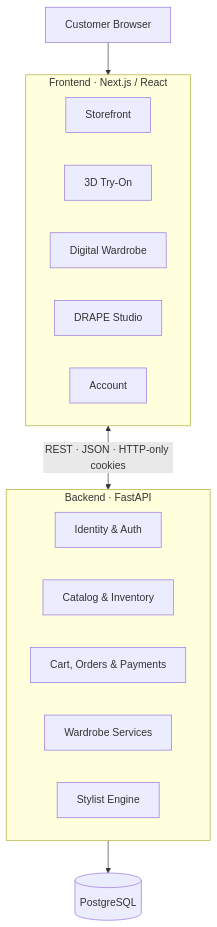
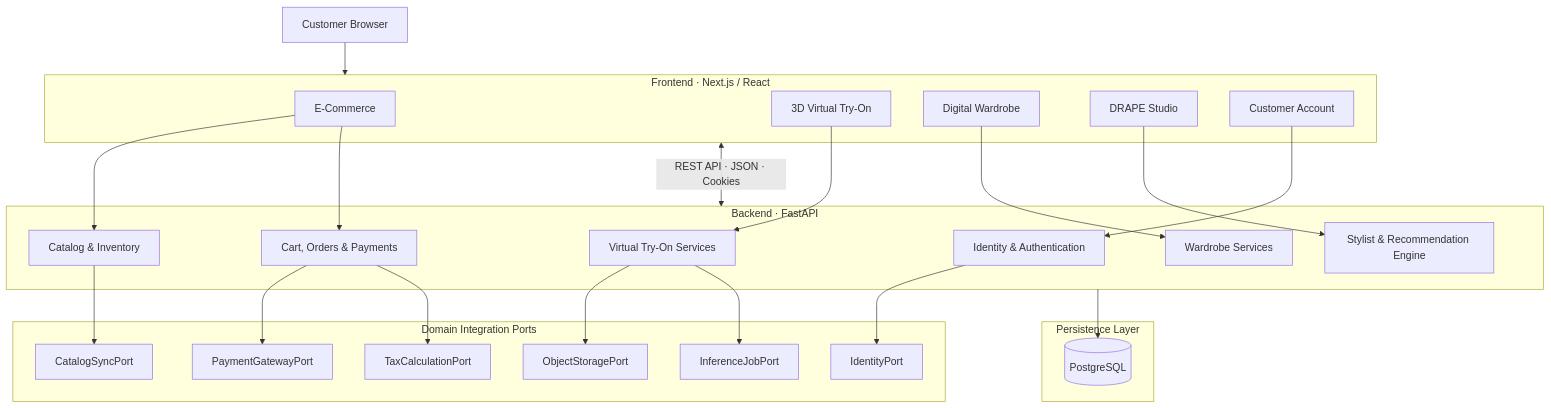
One commit to Soham-Pasalkar/Drape changed the first of 2 diagrams in README.md. Above: the diagram before and after it, drawn with Mermaid. The commit also changed other lines of this file, not shown here.

````diff
--- a/README.md
+++ b/README.md
@@ -124,26 +147,52 @@
 ```mermaid
 flowchart TB
     Client["Customer Browser"]
 
     subgraph Frontend["Frontend · Next.js / React"]
-        Store["Storefront"]
-        TryOn["3D Try-On"]
+        Store["E-Commerce"]
+        TryOn["3D Virtual Try-On"]
         Wardrobe["Digital Wardrobe"]
         Studio["DRAPE Studio"]
-        Account["Account"]
+        Account["Customer Account"]
     end
 
     subgraph Backend["Backend · FastAPI"]
-        Identity["Identity & Auth"]
+        Identity["Identity & Authentication"]
         Catalog["Catalog & Inventory"]
         Commerce["Cart, Orders & Payments"]
+        Fitting["Virtual Try-On Services"]
         Closet["Wardrobe Services"]
-        Stylist["Stylist Engine"]
+        Stylist["Stylist & Recommendation Engine"]
     end
 
-    DB[("PostgreSQL")]
+    subgraph Persistence["Persistence Layer"]
+        Database[("PostgreSQL")]
+    end
+
+    subgraph Ports["Domain Integration Ports"]
+        P1["IdentityPort"]
+        P2["ObjectStoragePort"]
+        P3["InferenceJobPort"]
+        P4["PaymentGatewayPort"]
+        P5["TaxCalculationPort"]
+        P6["CatalogSyncPort"]
+    end
 
     Client --> Frontend
-    Frontend <-->|"REST · JSON · HTTP-only cookies"| Backend
-    Backend --> DB
+    Frontend <-->|"REST API · JSON · Cookies"| Backend
+
+    Store --> Catalog
+    Store --> Commerce
+    TryOn --> Fitting
+    Wardrobe --> Closet
+    Studio --> Stylist
+    Account --> Identity
+
+    Backend --> Database
+    Identity --> P1
+    Fitting --> P2
+    Fitting --> P3
+    Commerce --> P4
+    Commerce --> P5
+    Catalog --> P6
 ```
````
